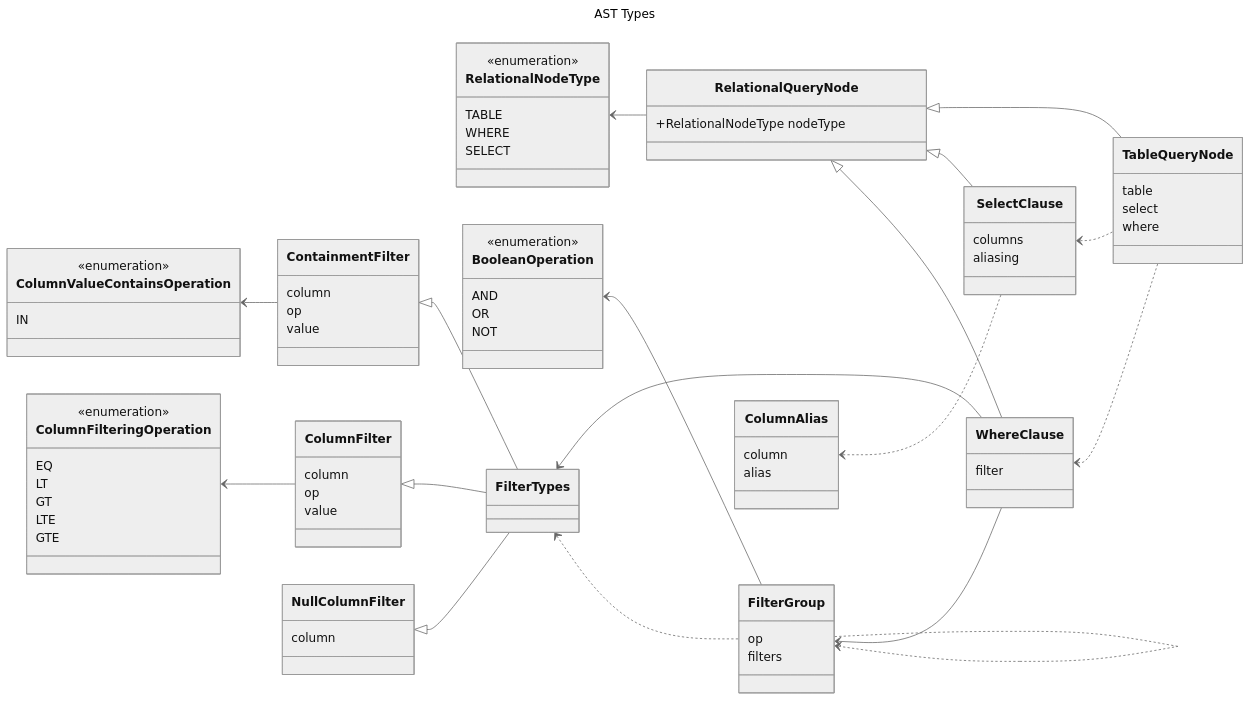
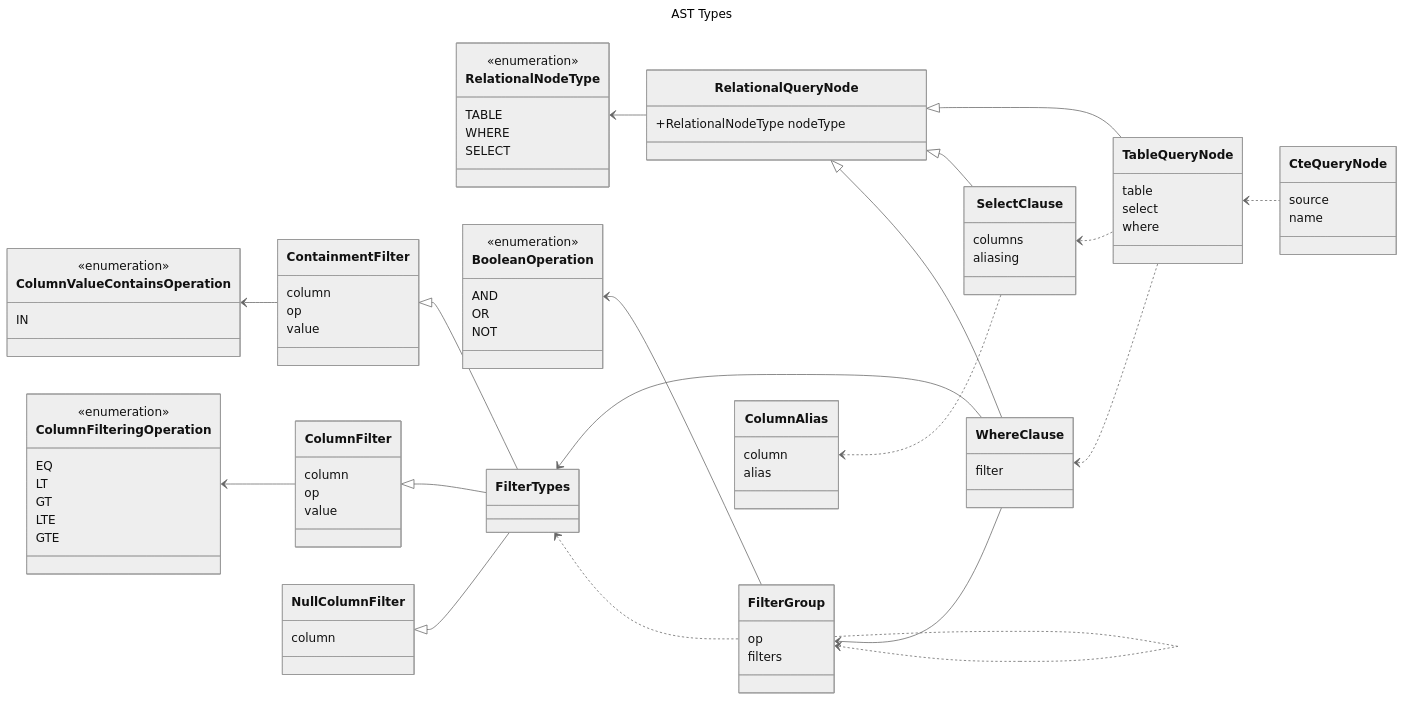
The diagram in packages/data/relational/README.md (telefrek/granada), drawn with Mermaid (neutral theme) before and after one commit. The commit also changed 5 other files, not shown here.

````diff
--- a/packages/data/relational/README.md
+++ b/packages/data/relational/README.md
@@ -119,6 +119,10 @@
         select
         where
     }
+    class CteQueryNode{
+        source
+        name
+    }
     RelationalNodeType<--RelationalQueryNode
     ColumnFilteringOperation<--ColumnFilter
     ColumnValueContainsOperation<--ContainmentFilter
@@ -136,4 +140,5 @@
     RelationalQueryNode<|--TableQueryNode
     WhereClause<..TableQueryNode
     SelectClause<..TableQueryNode
+    TableQueryNode<..CteQueryNode
 ```
````
